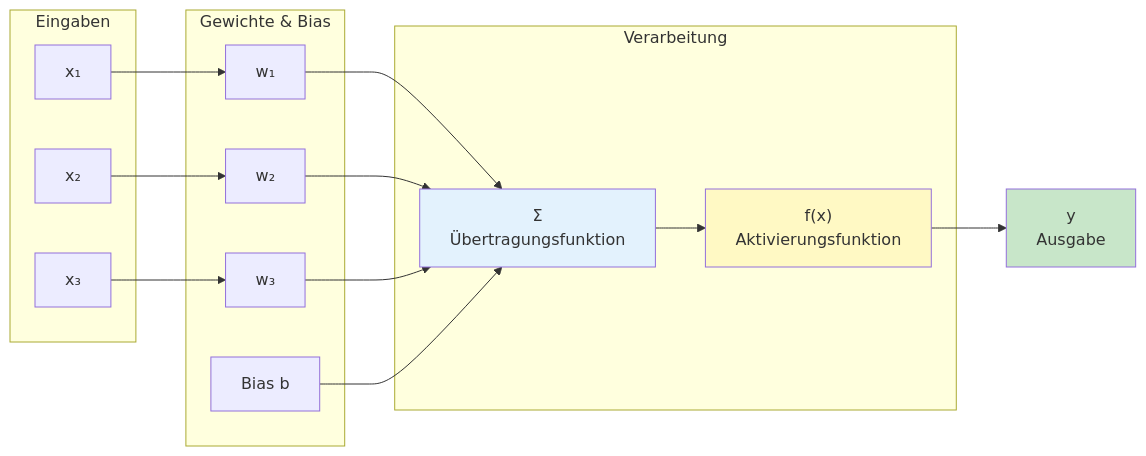
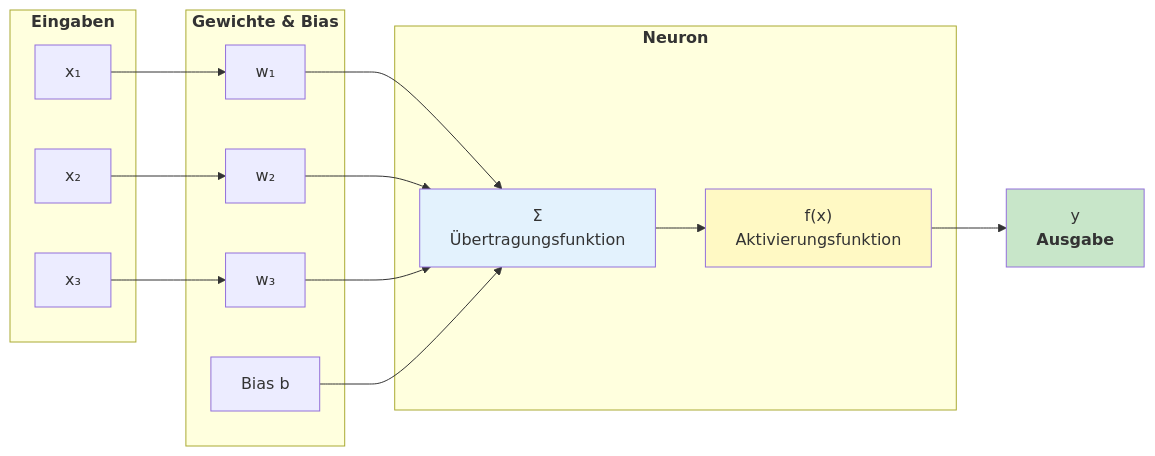
Before and after one commit to ralf-42/ML_Intro: the second of 7 diagrams in docs/concepts/modeling/neuronale-netze.md, drawn with Mermaid. The commit also changed other lines of this file and 1 other file, not shown here.

````diff
--- a/docs/concepts/modeling/neuronale-netze.md
+++ b/docs/concepts/modeling/neuronale-netze.md
@@ -84,32 +84,32 @@
 ```mermaid
 flowchart LR
-    subgraph Eingaben["Eingaben"]
+    subgraph Eingaben["<b>Eingaben"]
         X1["x₁"]
         X2["x₂"]
         X3["x₃"]
     end
     
-    subgraph Gewichte["Gewichte & Bias"]
+    subgraph Gewichte["<b>Gewichte & Bias"]
         W1["w₁"]
         W2["w₂"]
         W3["w₃"]
         B["Bias b"]
     end
     
-    subgraph Verarbeitung["Verarbeitung"]
+    subgraph Verarbeitung["<b>Neuron"]
         SUM["Σ<br/>Übertragungsfunktion"]
         ACT["f(x)<br/>Aktivierungsfunktion"]
     end
     
-    Y["y<br/>Ausgabe"]
+    Y["y<br/><b>Ausgabe"]
     
     X1 --> W1 --> SUM
     X2 --> W2 --> SUM
     X3 --> W3 --> SUM
     B --> SUM
     SUM --> ACT --> Y
     
     style SUM fill:#e3f2fd
     style ACT fill:#fff9c4
     style Y fill:#c8e6c9
 ```
````
